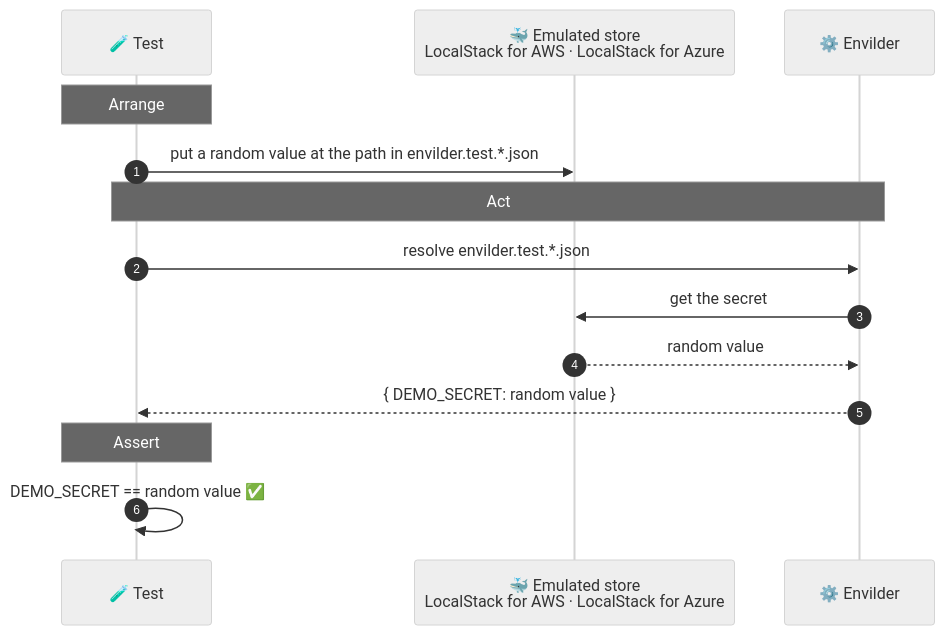
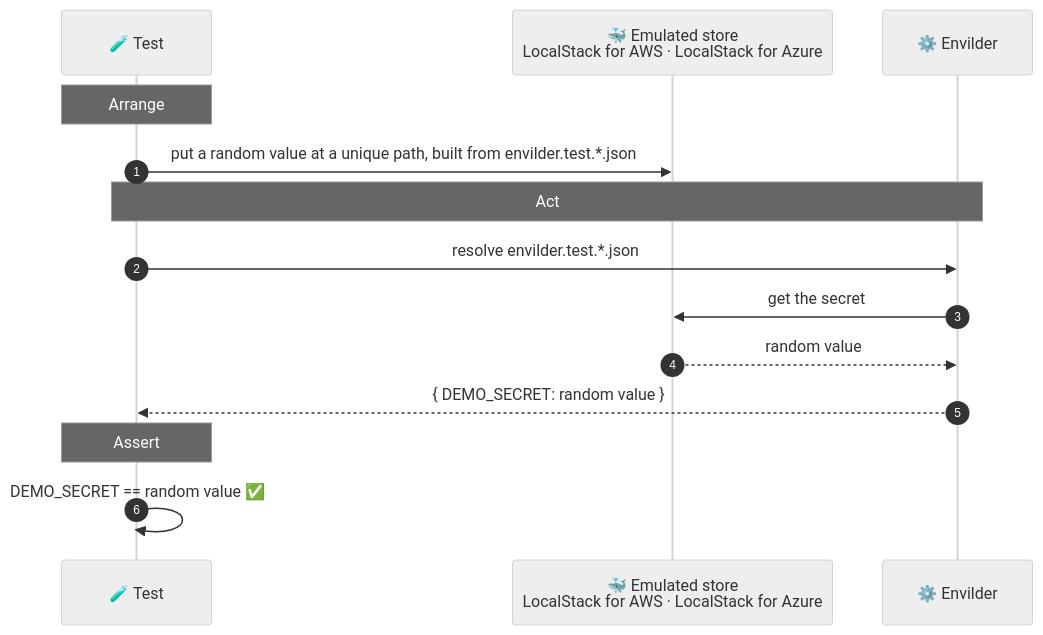
The second of 2 diagrams in README.md (macalbert/envilder-examples), drawn with Mermaid (neutral theme) before and after one commit. The commit also changed other lines of this file and 30 other files, not shown here.

````diff
--- a/README.md
+++ b/README.md
@@ -55,17 +55,17 @@
 ```mermaid
 sequenceDiagram
     autonumber
     participant T as 🧪 Test
     participant S as 🐳 Emulated store<br/>LocalStack for AWS · LocalStack for Azure
     participant E as ⚙️ Envilder
 
     Note over T: Arrange
-    T->>S: put a random value at the path in envilder.test.*.json
+    T->>S: put a random value at a unique path, built from envilder.test.*.json
     Note over T,E: Act
     T->>E: resolve envilder.test.*.json
     E->>S: get the secret
     S-->>E: random value
     E-->>T: { DEMO_SECRET: random value }
     Note over T: Assert
     T->>T: DEMO_SECRET == random value ✅
 ```
````
